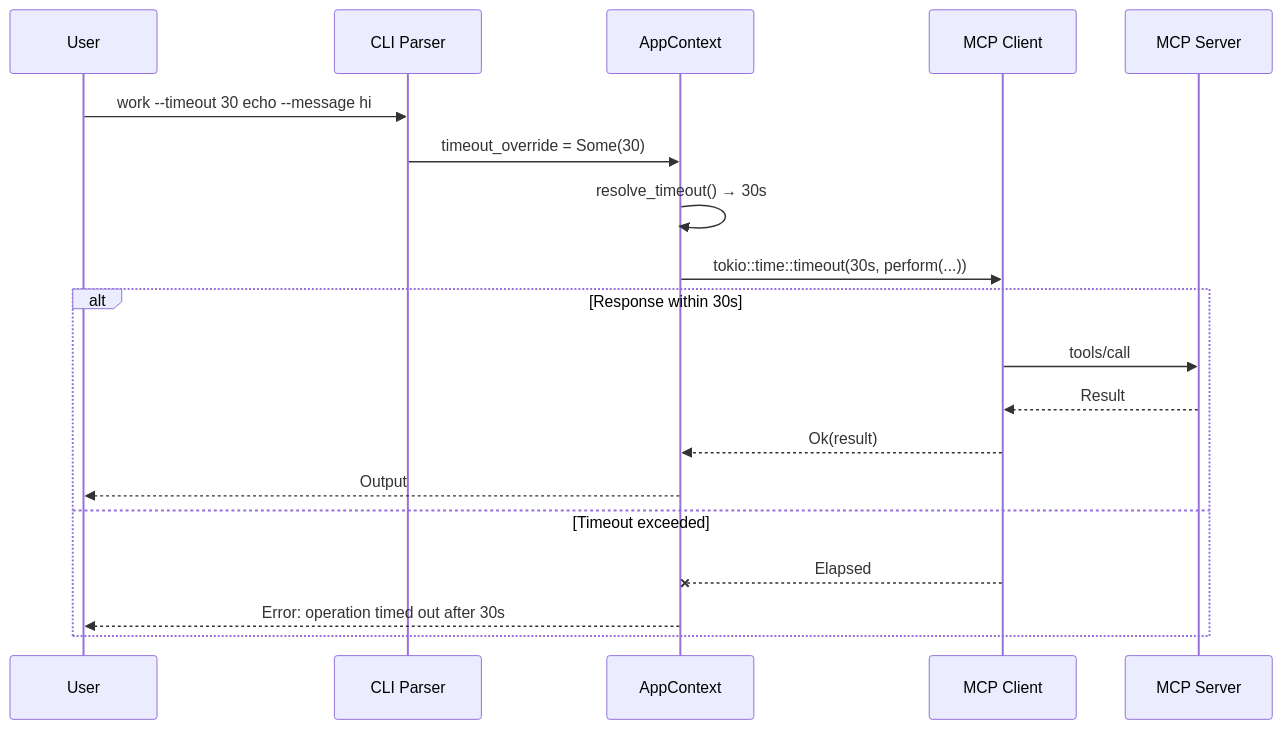
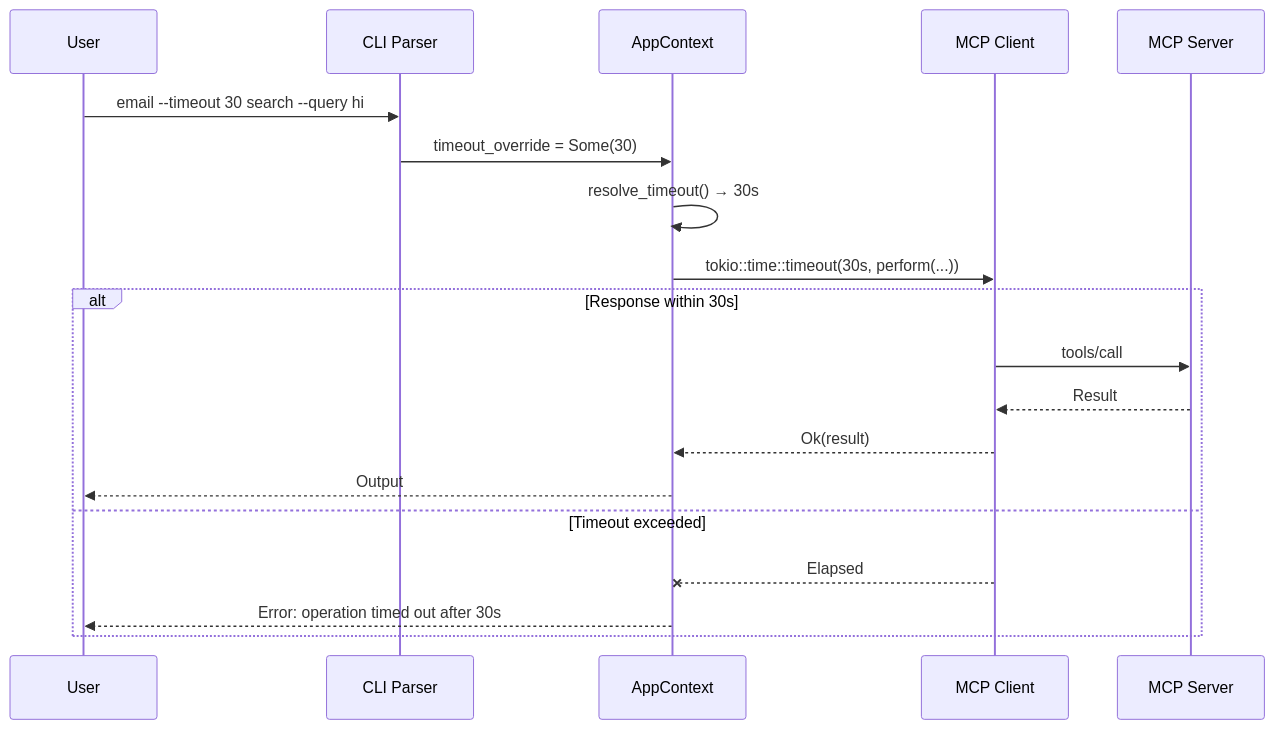
One commit to mcp2cli/source-code changed the diagram in docs/features/request-timeouts.md. Above: the diagram before and after it, drawn with Mermaid. The commit also changed other lines of this file and 31 other files, not shown here.

````diff
--- a/docs/features/request-timeouts.md
+++ b/docs/features/request-timeouts.md
@@ -51,23 +51,23 @@
 ```mermaid
 sequenceDiagram
     participant User
     participant CLI as CLI Parser
     participant Context as AppContext
     participant Client as MCP Client
     participant Server as MCP Server
 
-    User->>CLI: work --timeout 30 echo --message hi
+    User->>CLI: email --timeout 30 search --query hi
     CLI->>Context: timeout_override = Some(30)
     Context->>Context: resolve_timeout() → 30s
     Context->>Client: tokio::time::timeout(30s, perform(...))
     
     alt Response within 30s
         Client->>Server: tools/call
         Server-->>Client: Result
         Client-->>Context: Ok(result)
         Context-->>User: Output
     else Timeout exceeded
         Client--xContext: Elapsed
         Context-->>User: Error: operation timed out after 30s
     end
 ```
````
